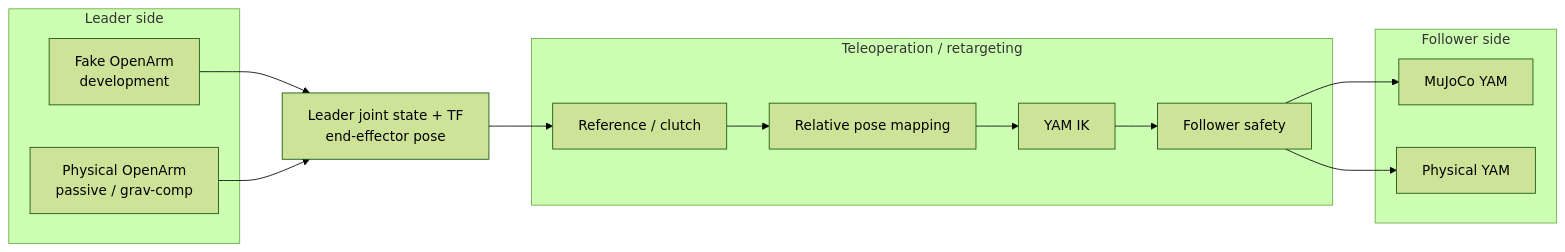
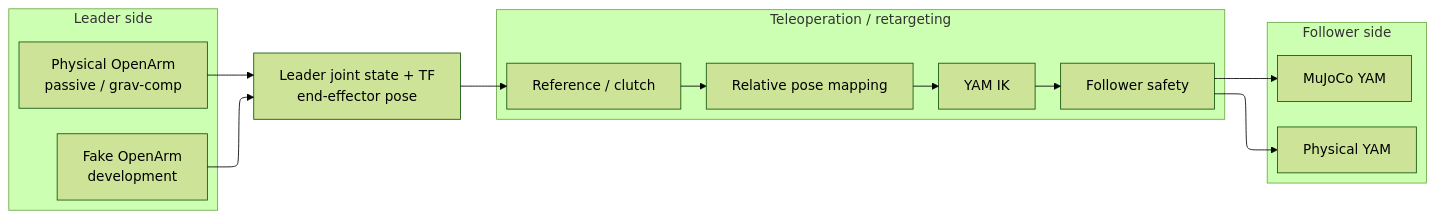
One commit to Luke-kC/mobile_bimanual_ros2 changed the diagram in README.md. Above: the diagram before and after it, drawn with Mermaid (forest theme). The commit also changed 6 other files, not shown here.

````diff
--- a/README.md
+++ b/README.md
@@ -7,32 +7,36 @@
 ```mermaid
+---
+config:
+  layout: elk
+---
 flowchart LR
     subgraph Leader["Leader side"]
         FAKE["Fake OpenArm<br/>development"]
         REAL["Physical OpenArm<br/>passive / grav-comp"]
     end
 
     LEADER_STATE["Leader joint state + TF<br/>end-effector pose"]
 
     subgraph Teleop["Teleoperation / retargeting"]
         REF["Reference / clutch"]
         MAP["Relative pose mapping"]
         IK["YAM IK"]
         SAFE["Follower safety"]
     end
 
     subgraph Follower["Follower side"]
         SIM["MuJoCo YAM"]
         HW["Physical YAM"]
     end
 
     FAKE --> LEADER_STATE
     REAL --> LEADER_STATE
 
     LEADER_STATE --> REF
     REF --> MAP
     MAP --> IK
     IK --> SAFE
 
     SAFE --> SIM
     SAFE --> HW
 ```
````
